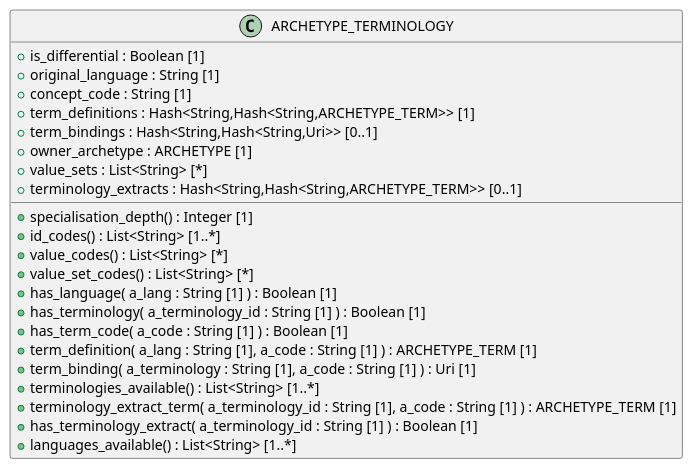
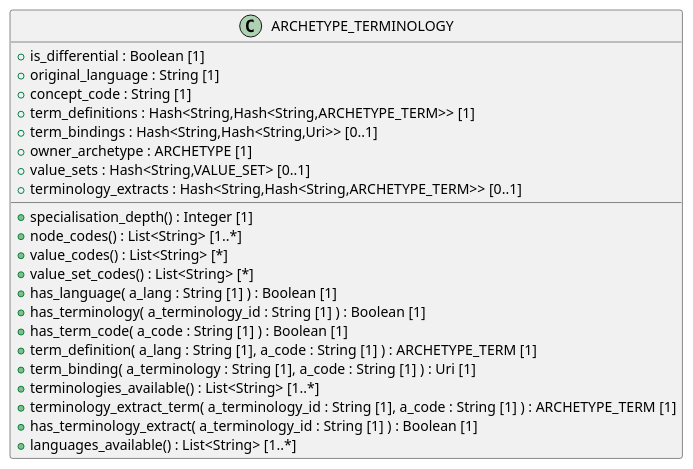
Before and after one commit to sebastian-iancu/code-generator: the diagram in code/Adoc/openehr_am_2.4.0/plantUML/classes/aom2.archetype_terminology.adoc, drawn with PlantUML. The commit also changed 299 other files, not shown here.

```diff
--- a/code/Adoc/openehr_am_2.4.0/plantUML/classes/aom2.archetype_terminology.adoc
+++ b/code/Adoc/openehr_am_2.4.0/plantUML/classes/aom2.archetype_terminology.adoc
@@ -1,31 +1,31 @@
 [plantuml,ARCHETYPE_TERMINOLOGY,format=svg]
 -----
 @startuml
 
 class ARCHETYPE_TERMINOLOGY {
   + is_differential : Boolean [1]
   + original_language : String [1]
   + concept_code : String [1]
   + term_definitions : Hash<String,Hash<String,ARCHETYPE_TERM>> [1]
   + term_bindings : Hash<String,Hash<String,Uri>> [0..1]
   + owner_archetype : ARCHETYPE [1]
-  + value_sets : List<String> [*]
+  + value_sets : Hash<String,VALUE_SET> [0..1]
   + terminology_extracts : Hash<String,Hash<String,ARCHETYPE_TERM>> [0..1]
   + specialisation_depth() : Integer [1]
-  + id_codes() : List<String> [1..*]
+  + node_codes() : List<String> [1..*]
   + value_codes() : List<String> [*]
   + value_set_codes() : List<String> [*]
   + has_language( a_lang : String [1] ) : Boolean [1]
   + has_terminology( a_terminology_id : String [1] ) : Boolean [1]
   + has_term_code( a_code : String [1] ) : Boolean [1]
   + term_definition( a_lang : String [1], a_code : String [1] ) : ARCHETYPE_TERM [1]
   + term_binding( a_terminology : String [1], a_code : String [1] ) : Uri [1]
   + terminologies_available() : List<String> [1..*]
   + terminology_extract_term( a_terminology_id : String [1], a_code : String [1] ) : ARCHETYPE_TERM [1]
   + has_terminology_extract( a_terminology_id : String [1] ) : Boolean [1]
   + languages_available() : List<String> [1..*]
 }
 
 
 @enduml
 -----
```
